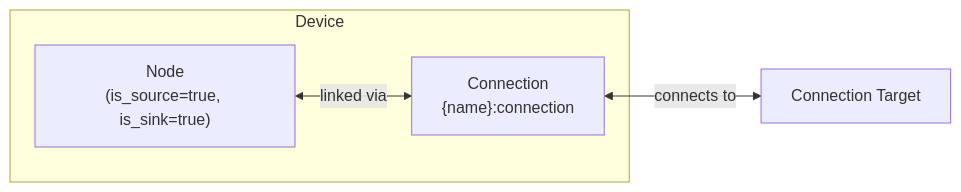
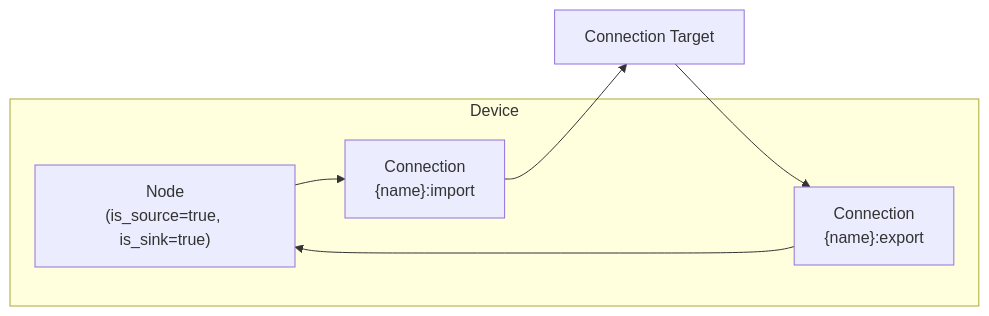
One commit to hass-energy/haeo changed the diagram in docs/modeling/device-layer/grid.md. Above: the diagram before and after it, drawn with Mermaid. The commit also changed other lines of this file and 2 other files, not shown here.

First line of the commit message:
Correct where connection limits and prices apply in the docs

````diff
--- a/docs/modeling/device-layer/grid.md
+++ b/docs/modeling/device-layer/grid.md
@@ -7,12 +7,15 @@
 ```mermaid
 graph LR
     subgraph "Device"
         SS["Node<br/>(is_source=true, is_sink=true)"]
-        Conn["Connection<br/>{name}:connection"]
+        Import["Connection<br/>{name}:import"]
+        Export["Connection<br/>{name}:export"]
     end
 
     Node[Connection Target]
 
-    SS <-->|linked via| Conn
-    Conn <-->|connects to| Node
+    SS --> Import
+    Import --> Node
+    Node --> Export
+    Export --> SS
 ```
````
